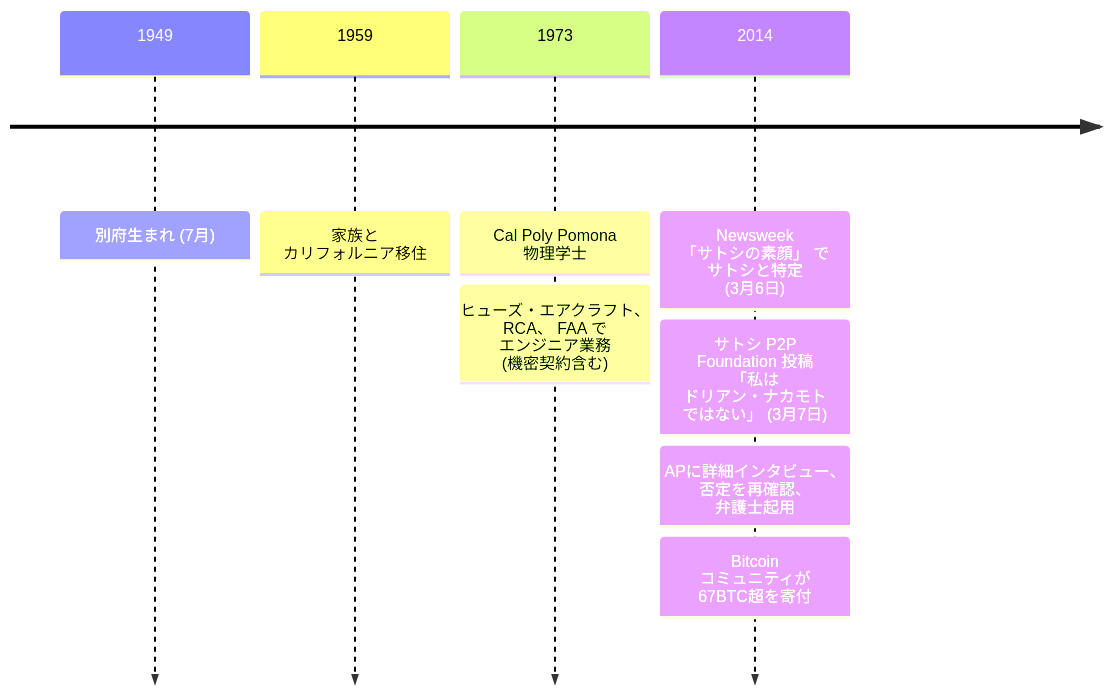
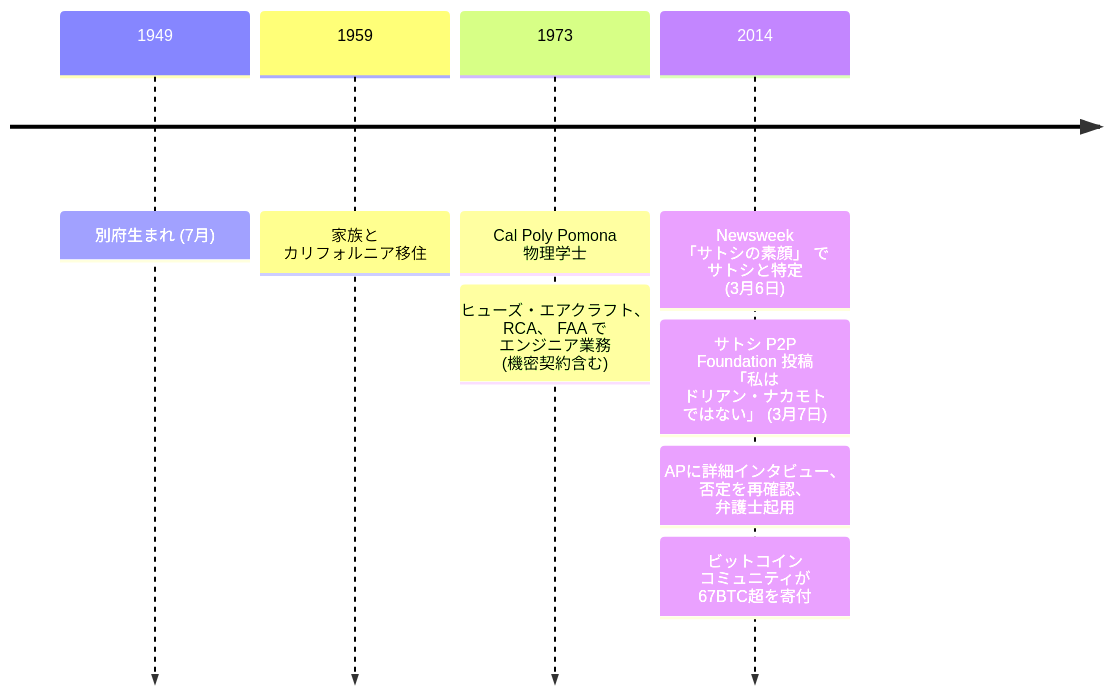
Before and after one commit to cypher256/BitcoinArchive: the diagram in src/data/translations/ja/aftermath/2014-03-06-dorian-nakamoto-biography.md, drawn with Mermaid. The commit also changed 88 other files, not shown here.

First line of the commit message:
Restore JA prose by removing stranded spaces, simplify Mermaid timeline labels

````diff
--- a/src/data/translations/ja/aftermath/2014-03-06-dorian-nakamoto-biography.md
+++ b/src/data/translations/ja/aftermath/2014-03-06-dorian-nakamoto-biography.md
@@ -40,13 +40,13 @@
 ```mermaid
 timeline
     1949 : 別府生まれ (7月)
     1959 : 家族と カリフォルニア移住
     1973 : Cal Poly Pomona 物理学士
          : ヒューズ・エアクラフト、 RCA、 FAA で エンジニア業務 (機密契約含む)
     2014 : Newsweek 「サトシの素顔」 で サトシと特定 (3月6日)
     %% link: /BitcoinArchive/ja/entries/aftermath/2014-03-06-newsweek-dorian-nakamoto/
          : サトシ P2P Foundation 投稿 「私は ドリアン・ナカモト ではない」 (3月7日)
     %% link: /BitcoinArchive/ja/entries/aftermath/2014-03-07-satoshi-p2p-foundation-return/
          : APに詳細インタビュー、 否定を再確認、 弁護士起用
-         : Bitcoin コミュニティが 67BTC超を寄付
+         : ビットコイン コミュニティが 67BTC超を寄付
 ```
````
